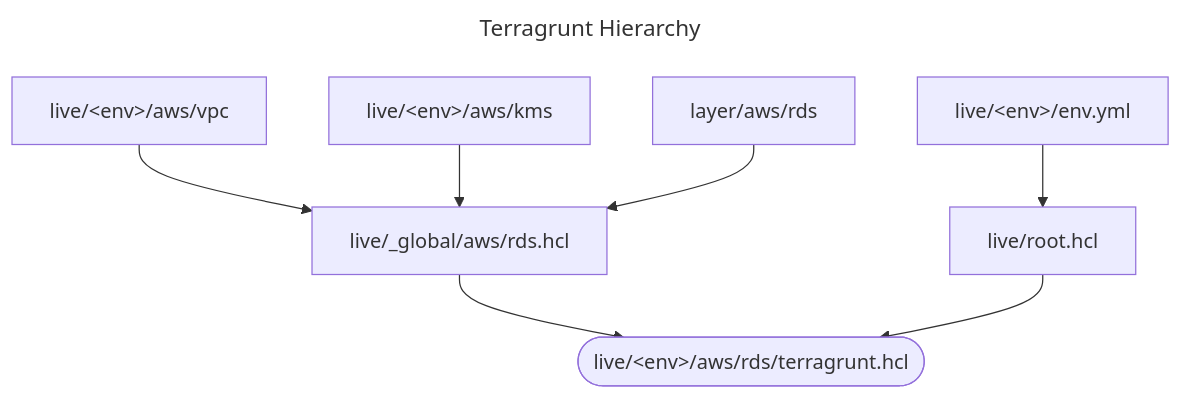
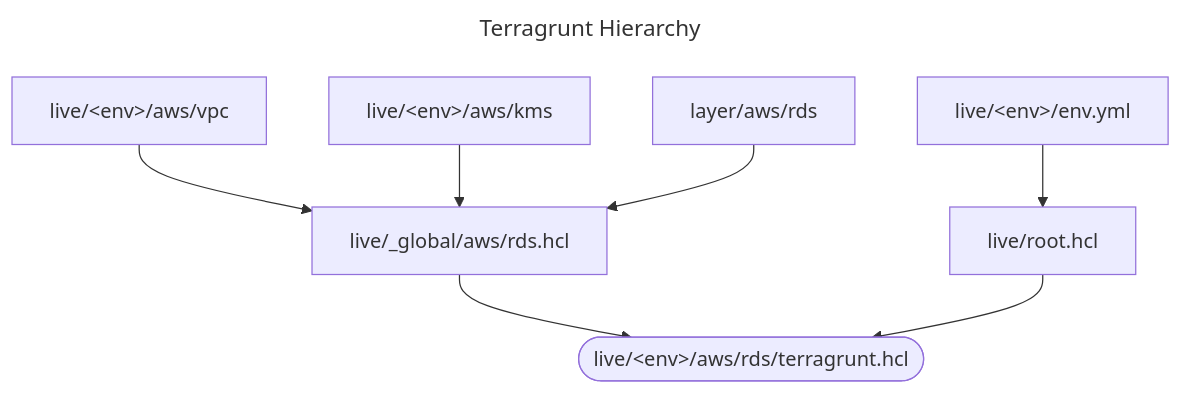
Before and after one commit to tkreque/poc: the diagram in poc-terragrunt/README.md, drawn with Mermaid.

Commit message:
Improved the solution to avoid repetition on the Terragrunt configuration (Fixed README)

````diff
--- a/poc-terragrunt/README.md
+++ b/poc-terragrunt/README.md
@@ -75,13 +75,13 @@
 ```mermaid
 ---
 title: Terragrunt Hierarchy
 ---
 graph TD;
   B["live/_global/aws/rds.hcl"] --> A(["live/&lt;env&gt;/aws/rds/terragrunt.hcl"]):::wide;
   C["live/root.hcl"] --> A;
   D["live/&lt;env&gt;/aws/vpc"] --> B;
   E["live/&lt;env&gt;/aws/kms"] --> B;
   F["layer/aws/rds"] --> B;
   G["live/&lt;env&gt;/env.yml"] --> C;
-  classDef wide width: 500px
+  classDef wide line-height:20px
 ```
````
